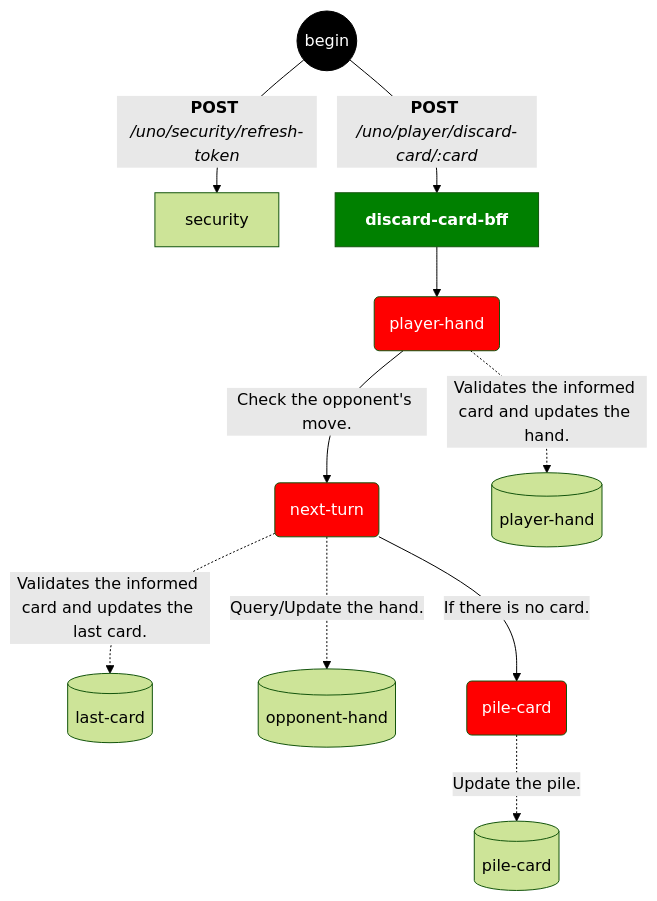
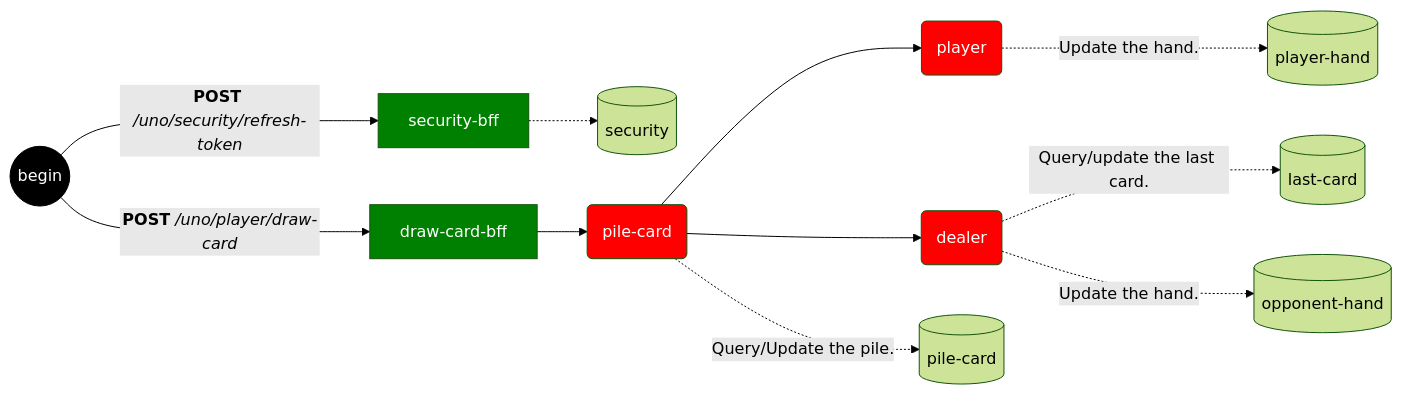
Before and after one commit to olbiwan/uno: the second of 3 diagrams in README.md, drawn with Mermaid (forest theme). The commit also changed other lines of this file, not shown here.

````diff
--- a/README.md
+++ b/README.md
@@ -67,17 +60,18 @@
 ```mermaid
-flowchart TD
-    U((begin)) -->|<b>POST</b> <i>/uno/security/refresh-token</i>| Z[security]
-    U -->|<b>POST</b> <i>/uno/player/discard-card/:card</i>| FB[<b>discard-card-bff</b>]
-    FB --> SC(player-hand)
-    SA(next-turn) -.->|Validates the informed card and updates the last card.| HLC[(last-card)]
-    SA -.->|Query/Update the hand.| HOH[(opponent-hand)]
-    SB(pile-card)  -.->|Update the pile.| HPC[(pile-card)]
-    SC -.->|Validates the informed card and updates the hand.| HPH[(player-hand)]
-    SA -->|If there is no card.| SB
-    SC -->|Check the opponent's move.| SA
-    classDef first color:#fff,fill:green;
+flowchart LR
+    U((begin)) --->|<b>POST</b> <i>/uno/security/refresh-token</i>| S[security-bff]
+    S -.-> DS[(security)]
+    U --->|<b>POST</b> <i>/uno/player/draw-card</i>| DCB[draw-card-bff]
+    DCB --> SPC(pile-card)
+    SD(dealer) -.->|Query/update the last card.| DLC[(last-card)]
+    SPC --> SP(player)
+    SPC --> SD
+    SD -.->|Update the hand.| DOH[(opponent-hand)]
+    SPC -.->|Query/Update the pile.| DPC[(pile-card)]
+    SP -.->|Update the hand.| DPH[(player-hand)]
+    style U color:#fff,fill:#000,stroke:#000;
+    classDef bff color:#fff,fill:green;
+    class S,DCB bff;
     classDef second color:#fff,fill:red;
-    style U  color:#fff,fill:#000,stroke:#000;
-    class FB first;
-    class SA,SB,SC second;
+    class SD,SP,SPC second;
 ```
````
